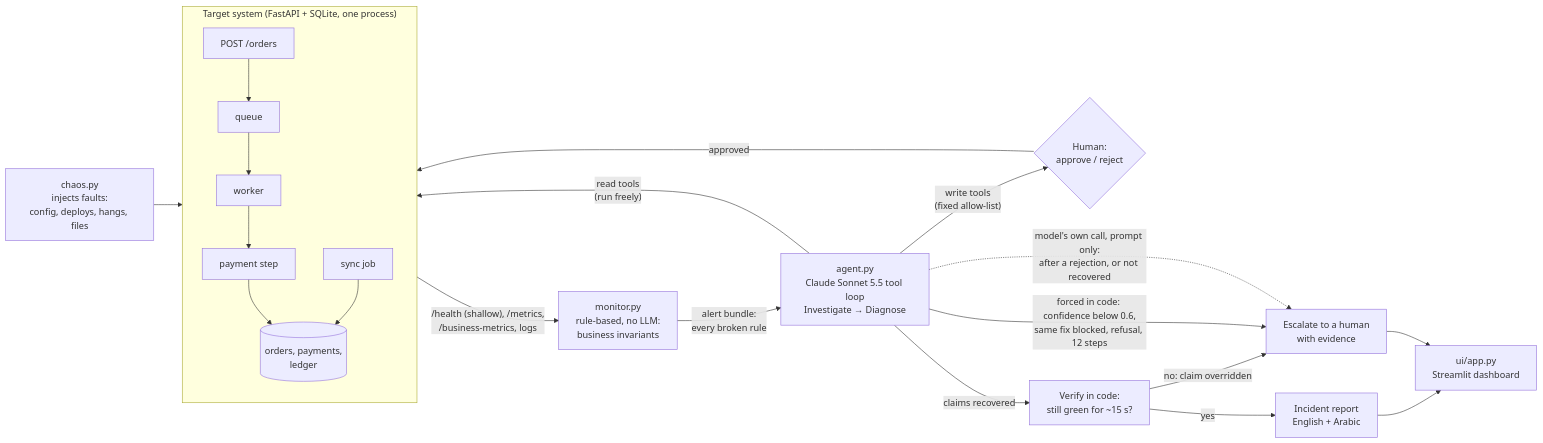
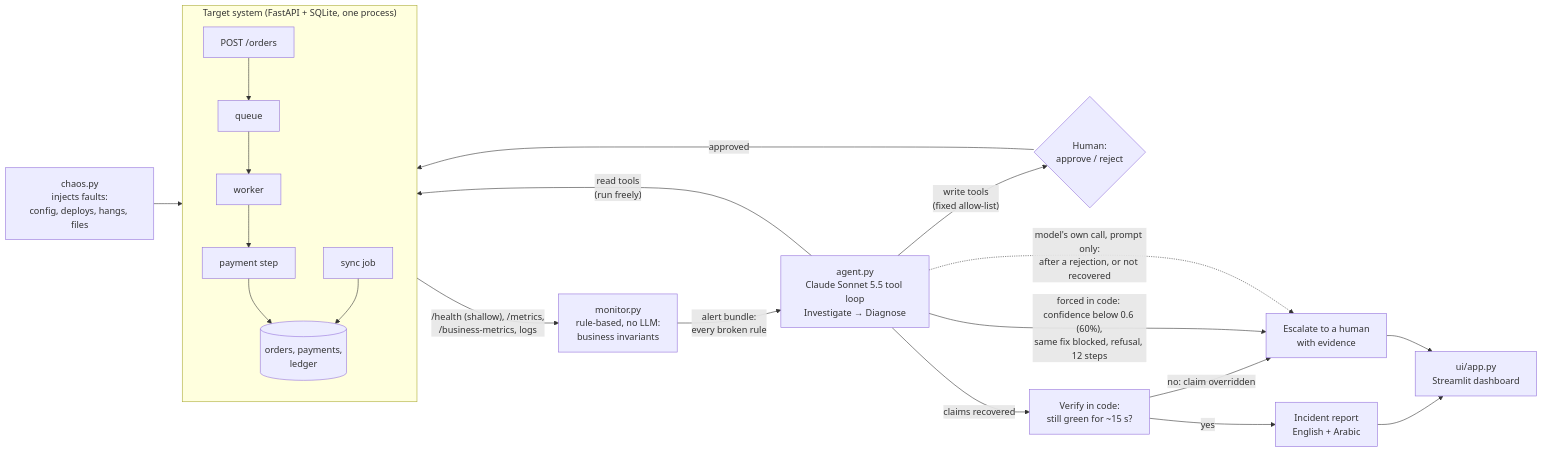
Before and after one commit to Ba062/recovery-agent: the diagram in README.md, drawn with Mermaid. The commit also changed other lines of this file and 14 other files, not shown here.

````diff
--- a/README.md
+++ b/README.md
@@ -77,21 +77,21 @@
 ```mermaid
 flowchart LR
     chaos["chaos.py<br/>injects faults:<br/>config, deploys, hangs, files"] --> svc
     subgraph svc["Target system (FastAPI + SQLite, one process)"]
         direction TB
         api["POST /orders"] --> q["queue"] --> w["worker"] --> pay["payment step"] --> db[("orders, payments,<br/>ledger")]
         sync["sync job"] --> db
     end
     svc -- "/health (shallow), /metrics,<br/>/business-metrics, logs" --> mon["monitor.py<br/>rule-based, no LLM:<br/>business invariants"]
     mon -- "alert bundle:<br/>every broken rule" --> agent["agent.py<br/>Claude Sonnet 5.5 tool loop<br/>Investigate → Diagnose"]
     agent -- "read tools<br/>(run freely)" --> svc
     agent -- "write tools<br/>(fixed allow-list)" --> human{"Human:<br/>approve / reject"}
     human -- approved --> svc
     agent -- "claims recovered" --> verify["Verify in code:<br/>still green for ~15 s?"]
     verify -- "yes" --> report["Incident report<br/>English + Arabic"]
     verify -- "no: claim overridden" --> esc["Escalate to a human<br/>with evidence"]
-    agent -- "forced in code: confidence below 0.6,<br/>same fix blocked, refusal, 12 steps" --> esc
+    agent -- "forced in code: confidence below 0.6 (60%),<br/>same fix blocked, refusal, 12 steps" --> esc
     agent -.->|"model's own call, prompt only:<br/>after a rejection, or not recovered"| esc
     report --> ui["ui/app.py<br/>Streamlit dashboard"]
     esc --> ui
 ```
````
